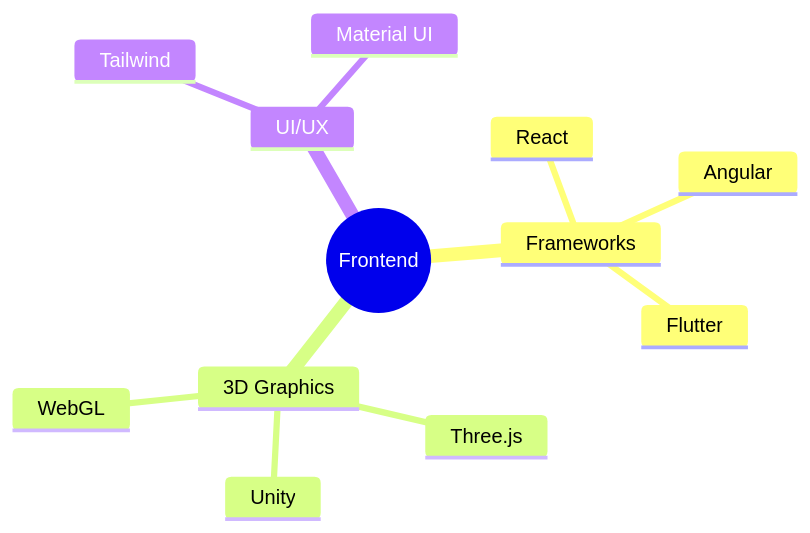
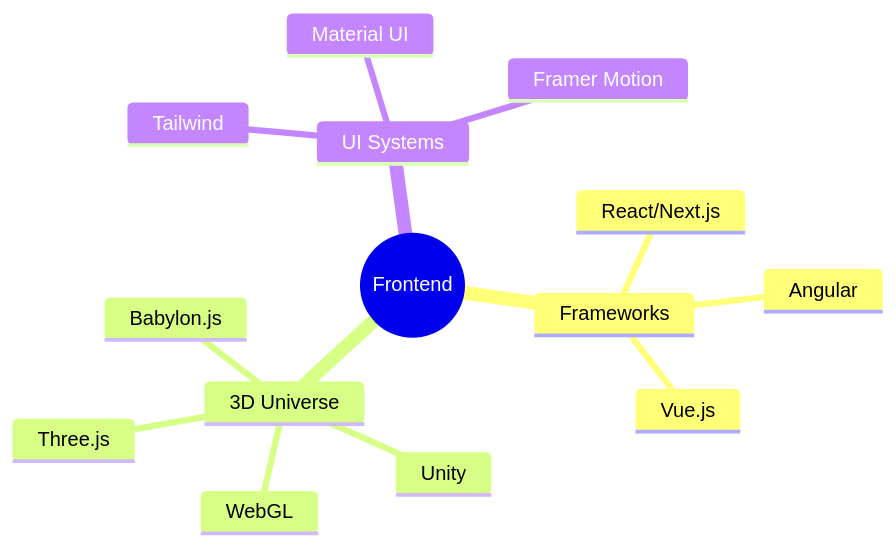
The first of 4 diagrams in README.md (KhamessiTaha/KhamessiTaha), drawn with Mermaid before and after one commit. The commit also changed other lines of this file, not shown here.

````diff
--- a/README.md
+++ b/README.md
@@ -76,15 +94,17 @@
 ```mermaid
 mindmap
   root((Frontend))
     Frameworks
-      React
+      React/Next.js
       Angular
-      Flutter
-    3D Graphics
+      Vue.js
+    3D Universe
       Three.js
       Unity
       WebGL
-    UI/UX
+      Babylon.js
+    UI Systems
       Tailwind
       Material UI
+      Framer Motion
 ```
````
